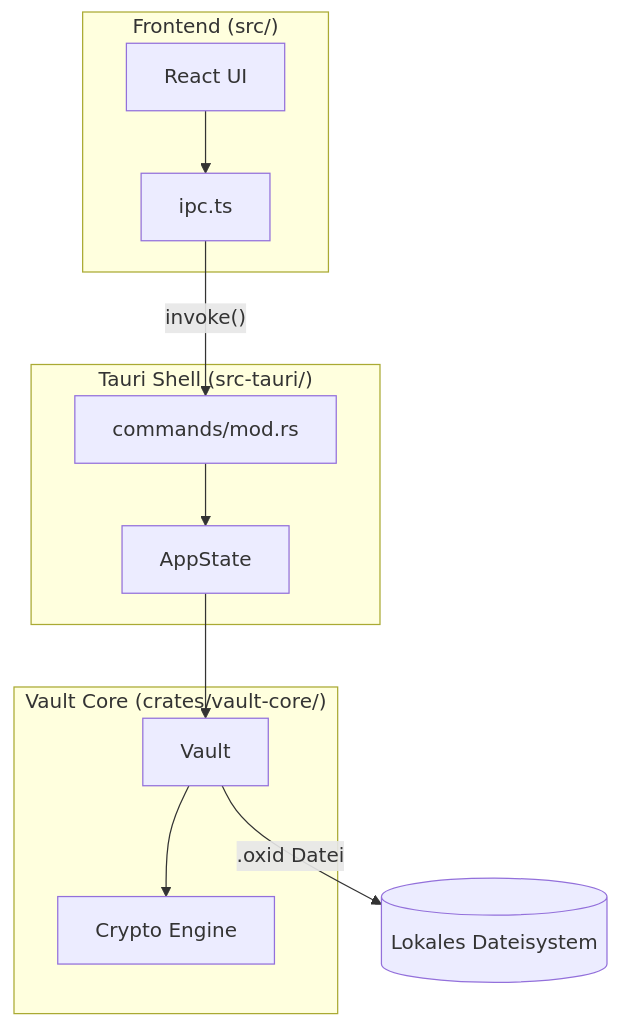
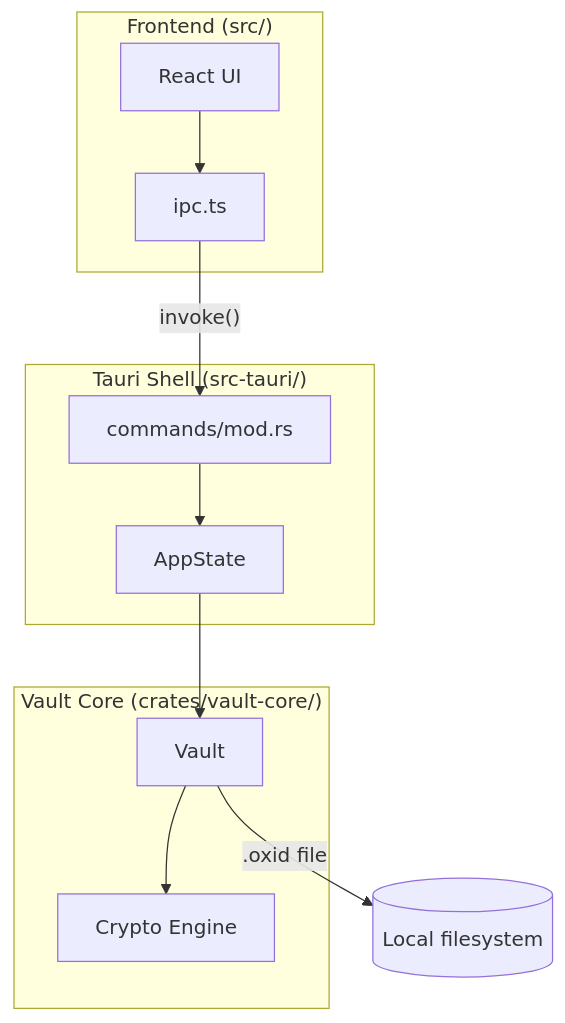
One commit to caRl0oo/oxidvault changed the first of 2 diagrams in ARCHITECTURE.md. Above: the diagram before and after it, drawn with Mermaid. The commit also changed other lines of this file and 16 other files, not shown here.

````diff
--- a/ARCHITECTURE.md
+++ b/ARCHITECTURE.md
@@ -595,24 +611,24 @@
 ```mermaid
 flowchart TB
     subgraph Frontend["Frontend (src/)"]
         UI[React UI]
         IPC_TS[ipc.ts]
         UI --> IPC_TS
     end
 
     subgraph TauriShell["Tauri Shell (src-tauri/)"]
         CMD[commands/mod.rs]
         STATE[AppState]
         CMD --> STATE
     end
 
     subgraph Core["Vault Core (crates/vault-core/)"]
         VAULT[Vault]
         CRYPTO[Crypto Engine]
         VAULT --> CRYPTO
     end
 
     IPC_TS -- "invoke()" --> CMD
     STATE --> VAULT
-    VAULT -- ".oxid Datei" --> DISK[(Lokales Dateisystem)]
+    VAULT -- ".oxid file" --> DISK[(Local filesystem)]
 ```
````
